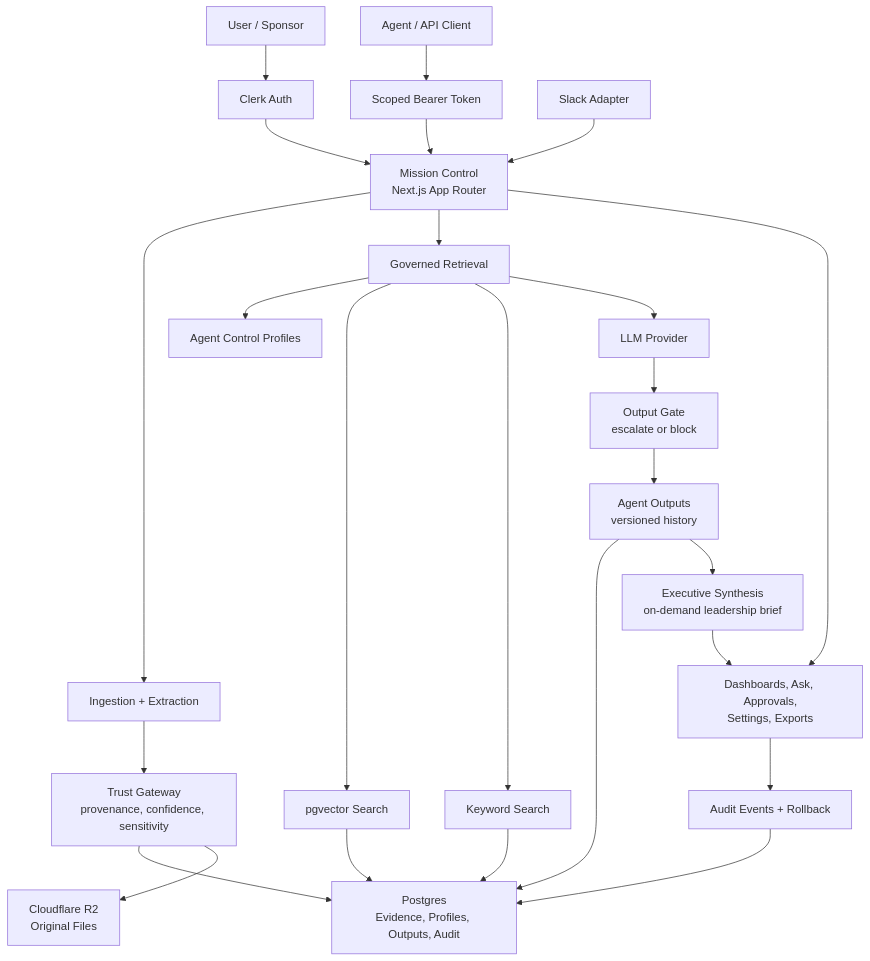
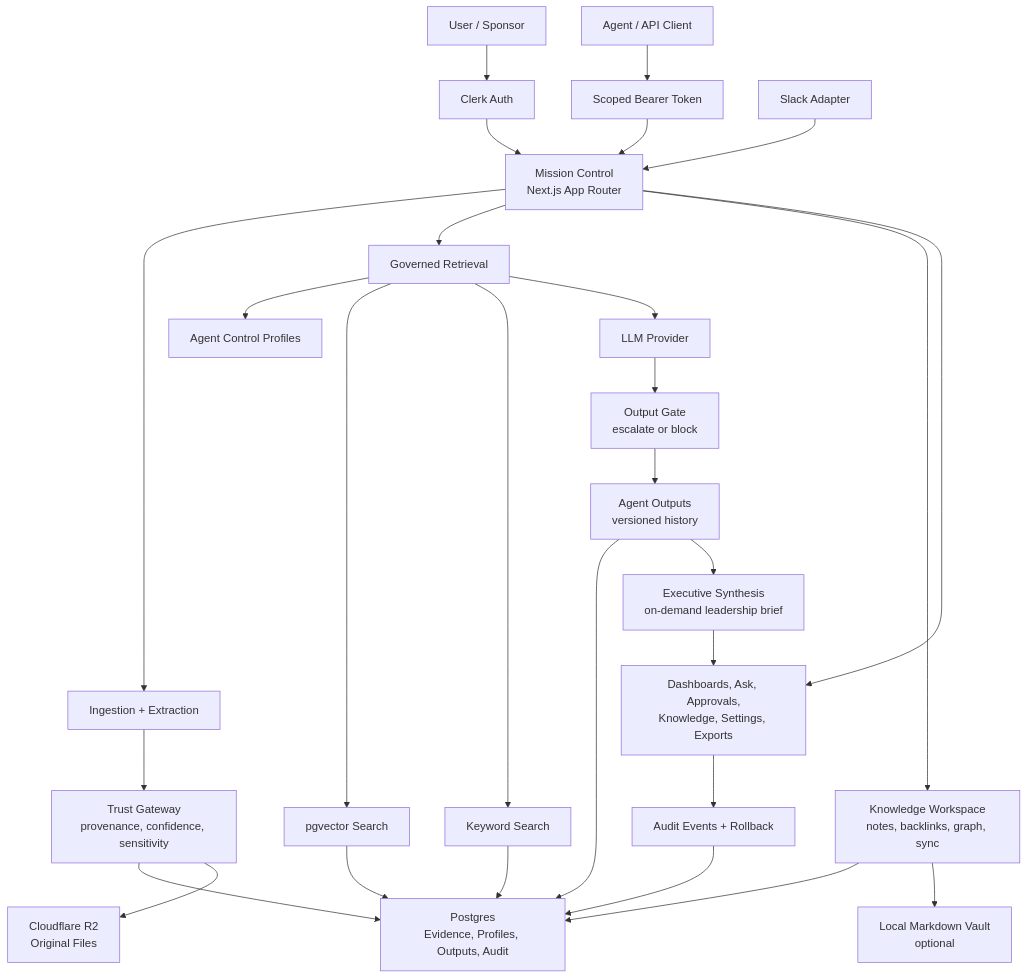
One commit to asjanjua/nexus-core changed the first of 6 diagrams in docs/ARCHITECTURE.md. Above: the diagram before and after it, drawn with Mermaid. The commit also changed other lines of this file and 52 other files, not shown here.

Commit message:
v0.25.0 - add knowledge workspace and backlog map

````diff
--- a/docs/ARCHITECTURE.md
+++ b/docs/ARCHITECTURE.md
@@ -39,33 +41,37 @@
 ```mermaid
 flowchart TB
   User["User / Sponsor"] --> Clerk["Clerk Auth"]
   Clerk --> MC["Mission Control<br/>Next.js App Router"]
 
   APIClient["Agent / API Client"] --> Bearer["Scoped Bearer Token"]
   Bearer --> MC
 
   Slack["Slack Adapter"] --> MC
 
   MC --> Ingestion["Ingestion + Extraction"]
   Ingestion --> Trust["Trust Gateway<br/>provenance, confidence, sensitivity"]
   Trust --> DB["Postgres<br/>Evidence, Profiles, Outputs, Audit"]
   Trust --> R2["Cloudflare R2<br/>Original Files"]
 
   MC --> Retrieval["Governed Retrieval"]
   Retrieval --> ACP["Agent Control Profiles"]
   Retrieval --> Vector["pgvector Search"]
   Retrieval --> Keyword["Keyword Search"]
   Vector --> DB
   Keyword --> DB
 
   Retrieval --> LLM["LLM Provider"]
   LLM --> Gate["Output Gate<br/>escalate or block"]
   Gate --> Outputs["Agent Outputs<br/>versioned history"]
   Outputs --> DB
   Outputs --> Synthesis["Executive Synthesis<br/>on-demand leadership brief"]
   Synthesis --> UI
 
-  MC --> UI["Dashboards, Ask, Approvals,<br/>Settings, Exports"]
+  MC --> Knowledge["Knowledge Workspace<br/>notes, backlinks, graph, sync"]
+  Knowledge --> DB
+  Knowledge --> Vault["Local Markdown Vault<br/>optional"]
+
+  MC --> UI["Dashboards, Ask, Approvals,<br/>Knowledge, Settings, Exports"]
   UI --> Audit["Audit Events + Rollback"]
   Audit --> DB
 ```
````
